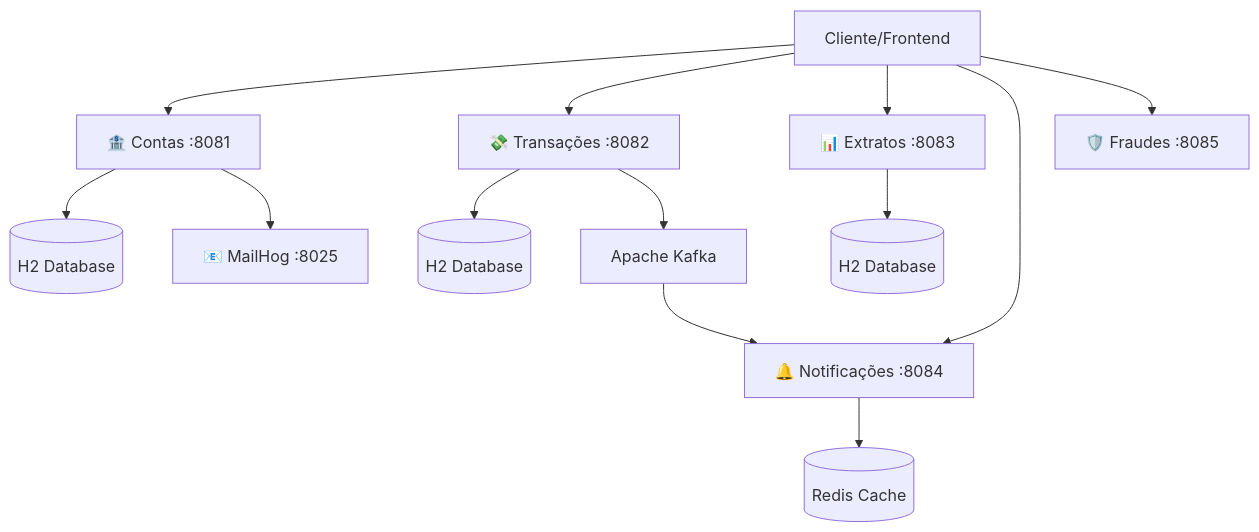
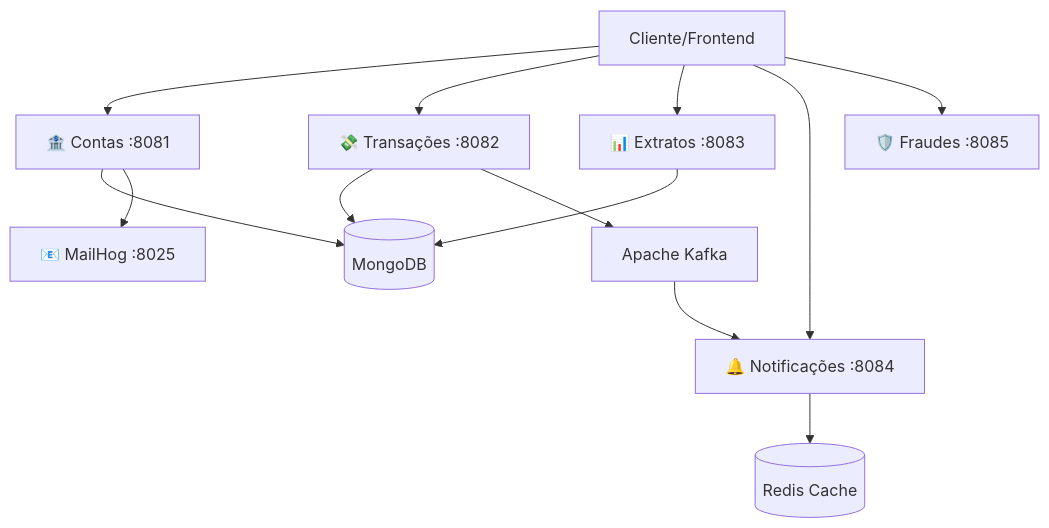
One commit to HigorPassarela/bankSystem-Java changed the diagram in README.md. Above: the diagram before and after it, drawn with Mermaid. The commit also changed other lines of this file, not shown here.

Commit message:
Update database references from H2 to MongoDB

````diff
--- a/README.md
+++ b/README.md
@@ -52,17 +52,17 @@
 ```mermaid
 graph TB
     Client[Cliente/Frontend] --> Contas[🏦 Contas :8081]
     Client --> Transacoes[💸 Transações :8082]
     Client --> Extratos[📊 Extratos :8083]
     Client --> Notificacoes[🔔 Notificações :8084]
     Client --> Fraudes[🛡️ Fraudes :8085]
 
-    Contas --> H2_1[(H2 Database)]
-    Transacoes --> H2_2[(H2 Database)]
-    Extratos --> H2_3[(H2 Database)]
+    Contas --> Mongo[(MongoDB)]
+    Transacoes --> Mongo[(MongoDB)]
+    Extratos --> Mongo[(MongoDB)]
 
     Contas --> Email[📧 MailHog :8025]
     Transacoes --> Kafka[Apache Kafka]
     Kafka --> Notificacoes
     Notificacoes --> Redis[(Redis Cache)]
 ```
````
